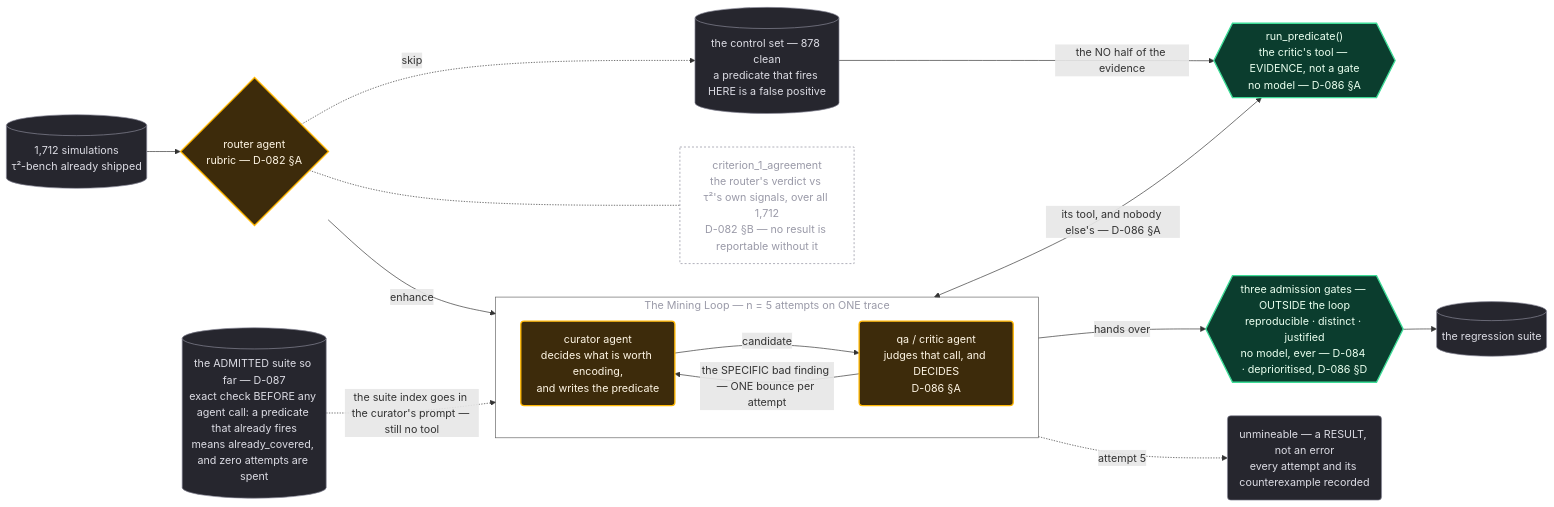
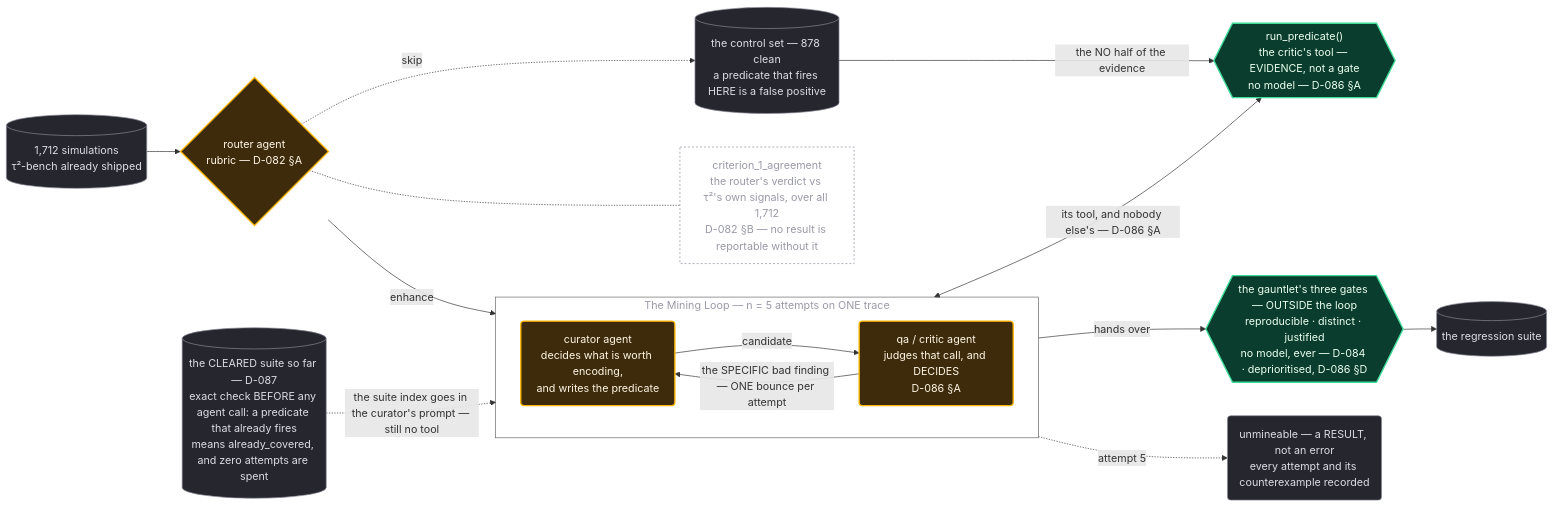
One commit to sandeepyadav1478/touchstone changed the diagram in diagrams/agents.mmd. Above: the diagram before and after it, drawn with Mermaid. The commit also changed 12 other files, not shown here.

```diff
--- a/diagrams/agents.mmd
+++ b/diagrams/agents.mmd
@@ -1,48 +1,48 @@
 %% touchstone — the mining loop's three agents, and where the decision sits. D-082, D-086.
-%% The chain: router -> curator <-> critic <-> run_predicate, then critic -> admission -> suite.
+%% The chain: router -> curator <-> critic <-> run_predicate, then critic -> the gauntlet -> suite.
 %% Every green node is mechanical. D-086: run_predicate is EVIDENCE the critic reads, not a gate.
 flowchart LR
 
   IN[("1,712 simulations<br/>τ²-bench already shipped")]
   ROUTER{"router agent<br/>rubric — D-082 §A"}
 
   subgraph LOOP["The Mining Loop — n = 5 attempts on ONE trace"]
     direction LR
     CURATOR("curator agent<br/>decides what is worth encoding,<br/>and writes the predicate")
     CRITIC("qa / critic agent<br/>judges that call, and DECIDES<br/>D-086 §A")
     CURATOR -- "candidate" --> CRITIC
     CRITIC -- "the SPECIFIC bad finding — ONE bounce per attempt" --> CURATOR
   end
 
   TEST{{"run_predicate()<br/>the critic's tool — EVIDENCE, not a gate<br/>no model — D-086 §A"}}
-  ADMIT{{"three admission gates — OUTSIDE the loop<br/>reproducible · distinct · justified<br/>no model, ever — D-084 · deprioritised, D-086 §D"}}
+  GAUNTLET{{"the gauntlet's three gates — OUTSIDE the loop<br/>reproducible · distinct · justified<br/>no model, ever — D-084 · deprioritised, D-086 §D"}}
   SUITE[("the regression suite")]
   CONTROL[("the control set — 878 clean<br/>a predicate that fires HERE is a false positive")]
   UNMINED("unmineable — a RESULT, not an error<br/>every attempt and its counterexample recorded")
   CAL["criterion_1_agreement<br/>the router's verdict vs τ²'s own signals, over all 1,712<br/>D-082 §B — no result is reportable without it"]
 
-  ADMITTED[("the ADMITTED suite so far — D-087<br/>exact check BEFORE any agent call: a predicate that already fires<br/>means already_covered, and zero attempts are spent")]
+  CLEARED[("the CLEARED suite so far — D-087<br/>exact check BEFORE any agent call: a predicate that already fires<br/>means already_covered, and zero attempts are spent")]
 
   IN --> ROUTER
-  ADMITTED -. "the suite index goes in the curator's prompt — still no tool" .-> CURATOR
+  CLEARED -. "the suite index goes in the curator's prompt — still no tool" .-> CURATOR
   ROUTER -- "enhance" --> CURATOR
   ROUTER -. "skip" .-> CONTROL
   CRITIC <-- "its tool, and nobody else's — D-086 §A" --> TEST
   CONTROL -- "the NO half of the evidence" --> TEST
-  CRITIC -- "hands over" --> ADMIT
+  CRITIC -- "hands over" --> GAUNTLET
   CRITIC -. "attempt 5" .-> UNMINED
-  ADMIT --> SUITE
+  GAUNTLET --> SUITE
   ROUTER -.- CAL
 
   classDef agent fill:#3d2b0b,stroke:#ffb703,stroke-width:2px,color:#fff6e5
   classDef mech  fill:#0b3d2e,stroke:#3ddc97,stroke-width:2px,color:#eaffef
   classDef data  fill:#26262e,stroke:#8a8a99,color:#dcdce4
   classDef note  fill:none,stroke:#8a8a99,stroke-dasharray:3 3,color:#9a9aa8
   classDef box   fill:none,stroke:#666,color:#9a9aa8
 
   class ROUTER,CURATOR,CRITIC agent
-  class TEST,ADMIT mech
+  class TEST,GAUNTLET mech
   class IN,SUITE,CONTROL,UNMINED data
   class CAL note
-  class ADMITTED data
+  class CLEARED data
   class LOOP box
```
